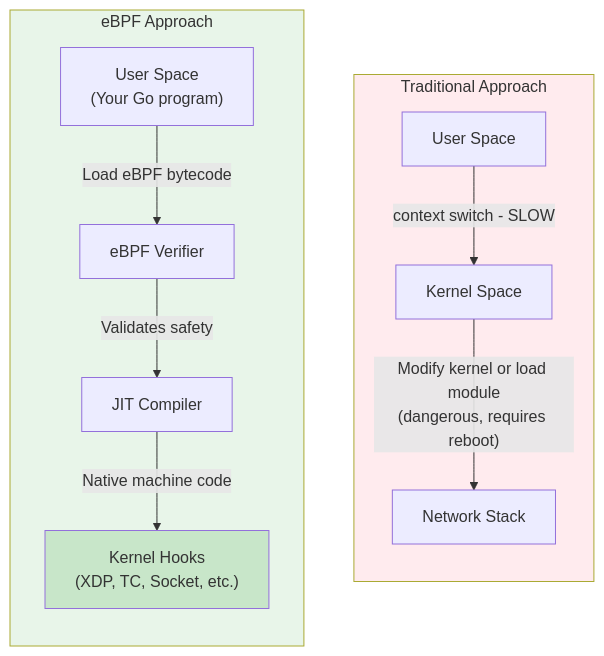
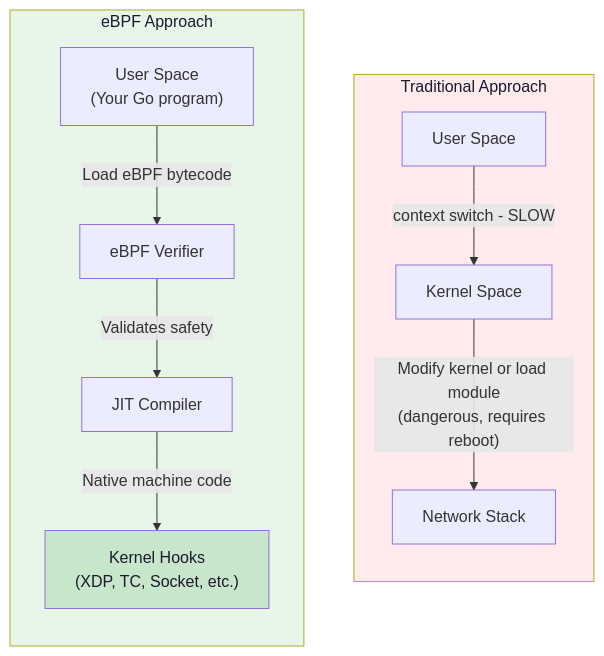
Before and after one commit to channyeintun/learn-cloud-native-network-programming: the first of 2 diagrams in teaching/06-ebpf-fundamentals.md, drawn with Mermaid. The commit also changed other lines of this file and 11 other files, not shown here.

````diff
--- a/teaching/06-ebpf-fundamentals.md
+++ b/teaching/06-ebpf-fundamentals.md
@@ -61,19 +61,19 @@
 ```mermaid
 flowchart TB
     subgraph traditional["Traditional Approach"]
         direction TB
         T_USER["User Space"] -->|"context switch - SLOW"| T_KERNEL["Kernel Space"]
         T_KERNEL -->|"Modify kernel or load module<br>(dangerous, requires reboot)"| T_NET["Network Stack"]
     end
     
     subgraph ebpf["eBPF Approach"]
         direction TB
         E_USER["User Space<br>(Your Go program)"] -->|"Load eBPF bytecode"| E_VERIFY["eBPF Verifier"]
         E_VERIFY -->|"Validates safety"| E_JIT["JIT Compiler"]
         E_JIT -->|"Native machine code"| E_HOOKS["Kernel Hooks<br>(XDP, TC, Socket, etc.)"]
     end
     
-    style traditional fill:#ffebee
-    style ebpf fill:#e8f5e9
-    style E_HOOKS fill:#c8e6c9
+    style traditional fill:#ffebee,color:#1a1a2e
+    style ebpf fill:#e8f5e9,color:#1a1a2e
+    style E_HOOKS fill:#c8e6c9,color:#1a1a2e
 ```
````
